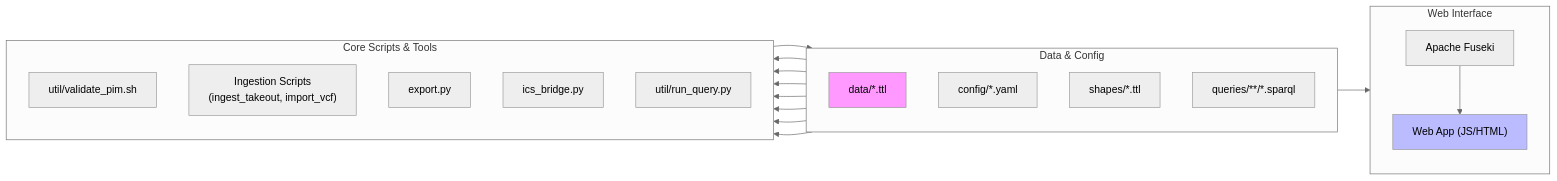
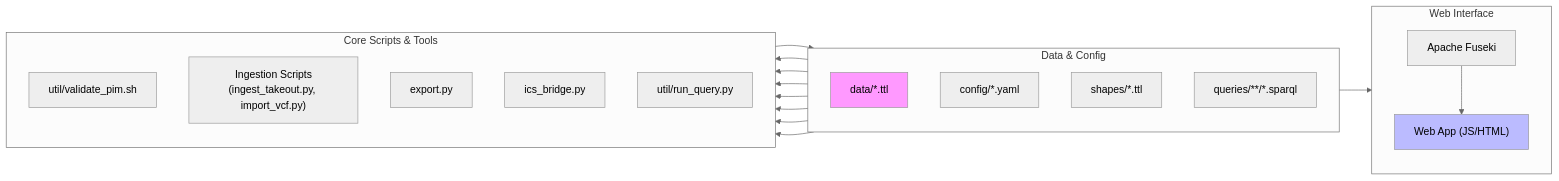
The diagram in docs/components/dependencies.md (bmordue/pim_rdf), drawn with Mermaid (neutral theme) before and after one commit.

Commit message:
pedantic labelling

````diff
--- a/docs/components/dependencies.md
+++ b/docs/components/dependencies.md
@@ -7,43 +7,43 @@
 ```mermaid
 graph LR
     subgraph "Data & Config"
         direction TB
         DataTTL["data/*.ttl"]
         style DataTTL fill:#f9f
         Config["config/*.yaml"]
         Shapes["shapes/*.ttl"]
         Queries["queries/**/*.sparql"]
     end
 
     subgraph "Core Scripts & Tools"
         direction TB
         Validate["util/validate_pim.sh"]
-        Ingest["Ingestion Scripts\n(ingest_takeout, import_vcf)"]
+        Ingest["Ingestion Scripts\n(ingest_takeout.py, import_vcf.py)"]
         Export["export.py"]
         ICSBridge["ics_bridge.py"]
         RunQuery["util/run_query.py"]
     end
 
     subgraph "Web Interface"
         direction TB
         Fuseki["Apache Fuseki"]
         WebApp["Web App (JS/HTML)"]
         style WebApp fill:#bbf
     end
 
     %% Dependencies
     Config --> Validate
     Shapes --> Validate
     DataTTL --> Validate
 
     Ingest --> DataTTL
 
     DataTTL --> Fuseki
     Fuseki --> WebApp
 
     DataTTL --> RunQuery
     Queries --> RunQuery
 
     DataTTL --> Export
     DataTTL --> ICSBridge
 ```
````
